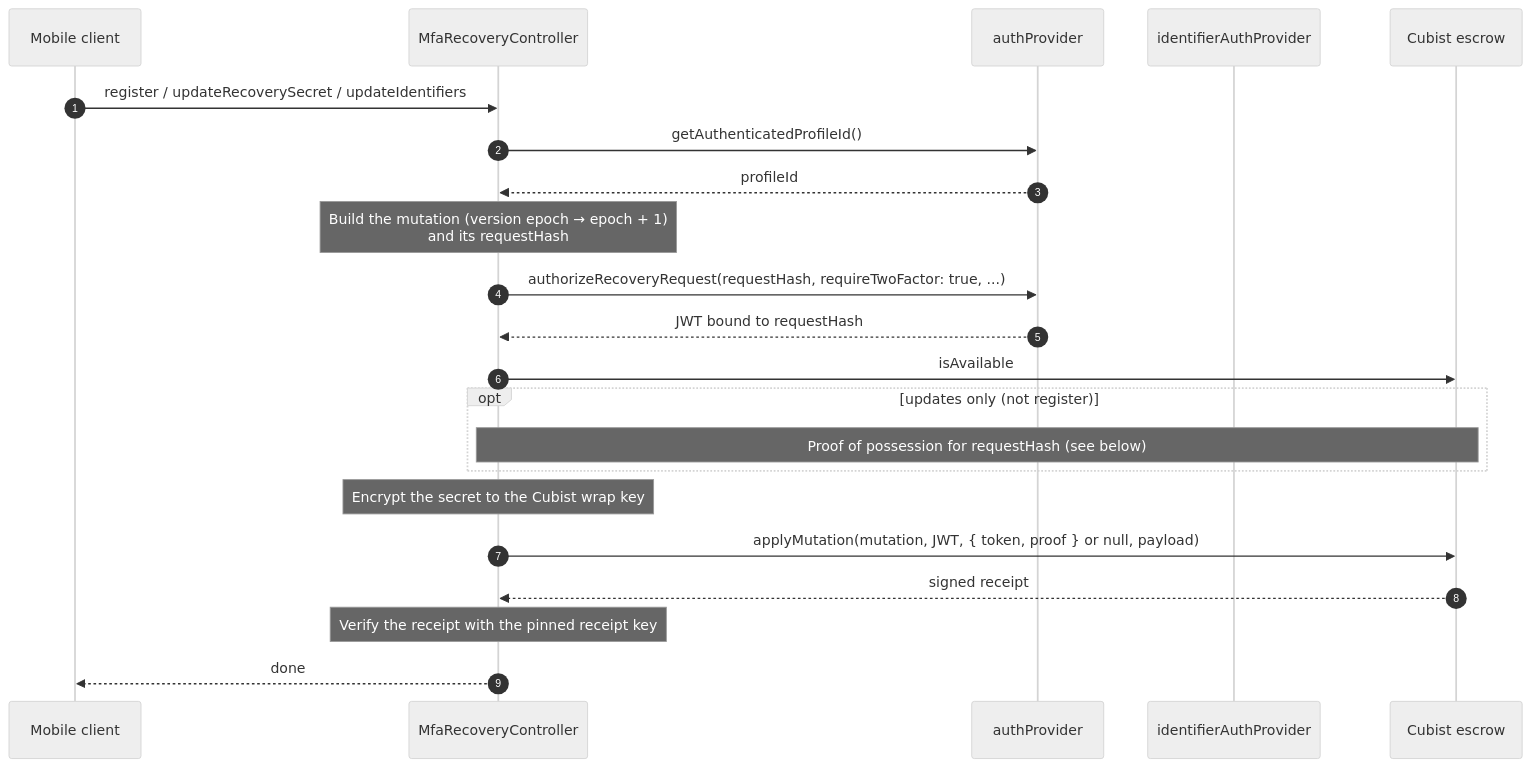
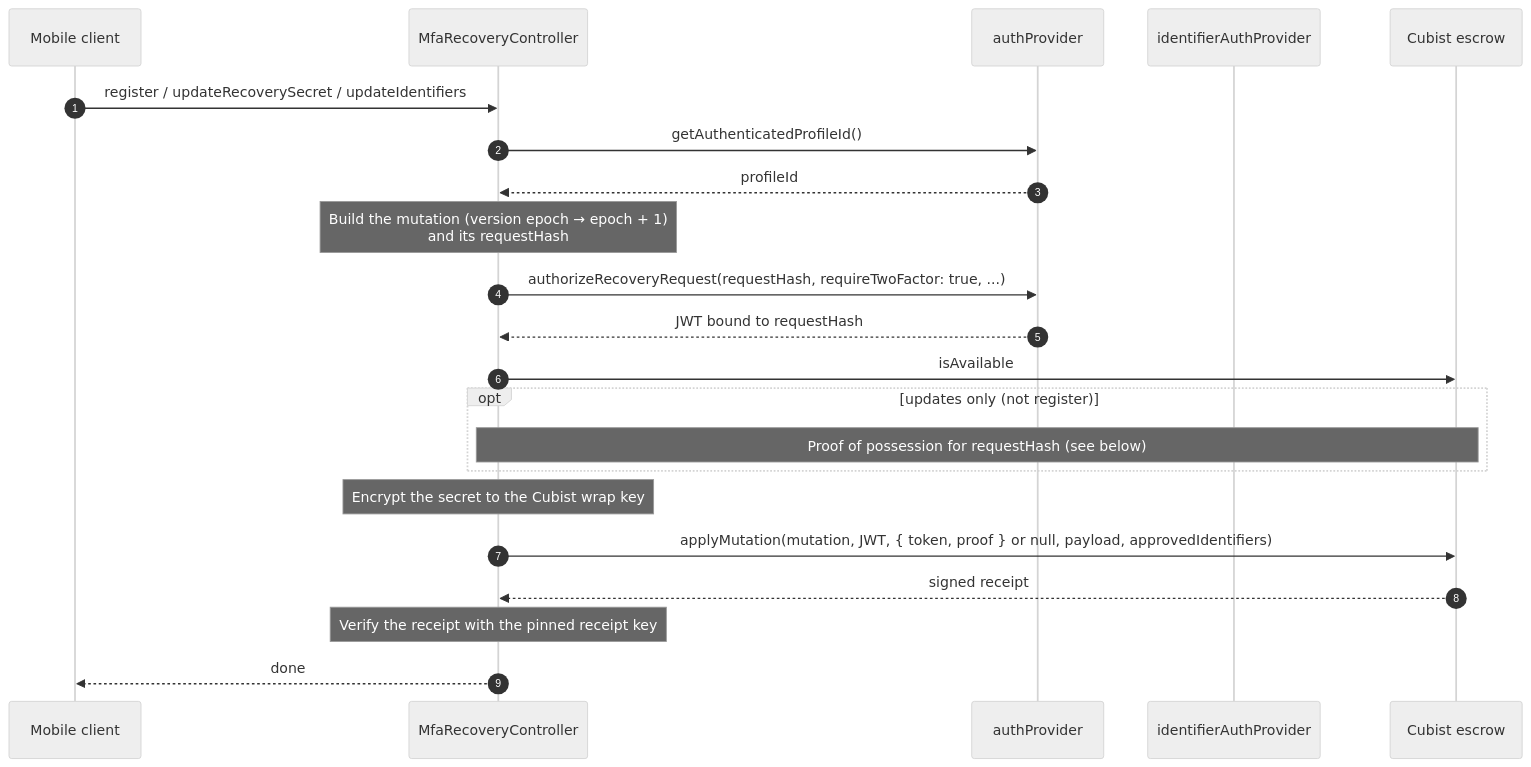
Before and after one commit to MetaMask/core: the second of 3 diagrams in packages/mfa-recovery-controller/CUBIST_TEST_SEQUENCE.md, drawn with Mermaid (neutral theme). The commit also changed other lines of this file and 12 other files, not shown here.

First line of the commit message:
feat: send approved identifiers with recovery mutations

````diff
--- a/packages/mfa-recovery-controller/CUBIST_TEST_SEQUENCE.md
+++ b/packages/mfa-recovery-controller/CUBIST_TEST_SEQUENCE.md
@@ -56,27 +57,27 @@
 ```mermaid
 sequenceDiagram
   autonumber
   participant Mobile as Mobile client
   participant C as MfaRecoveryController
   participant Auth as authProvider
   participant Id as identifierAuthProvider
   participant Cubist as Cubist escrow
 
   Mobile->>C: register / updateRecoverySecret / updateIdentifiers
   C->>Auth: getAuthenticatedProfileId()
   Auth-->>C: profileId
   Note over C: Build the mutation (version epoch → epoch + 1)<br/>and its requestHash
   C->>Auth: authorizeRecoveryRequest(requestHash, requireTwoFactor: true, ...)
   Auth-->>C: JWT bound to requestHash
   C->>Cubist: isAvailable
 
   opt updates only (not register)
     Note over C,Cubist: Proof of possession for requestHash (see below)
   end
 
   Note over C: Encrypt the secret to the Cubist wrap key
-  C->>Cubist: applyMutation(mutation, JWT, { token, proof } or null, payload)
+  C->>Cubist: applyMutation(mutation, JWT, { token, proof } or null, payload, approvedIdentifiers)
   Cubist-->>C: signed receipt
   Note over C: Verify the receipt with the pinned receipt key
   C-->>Mobile: done
 ```
````
